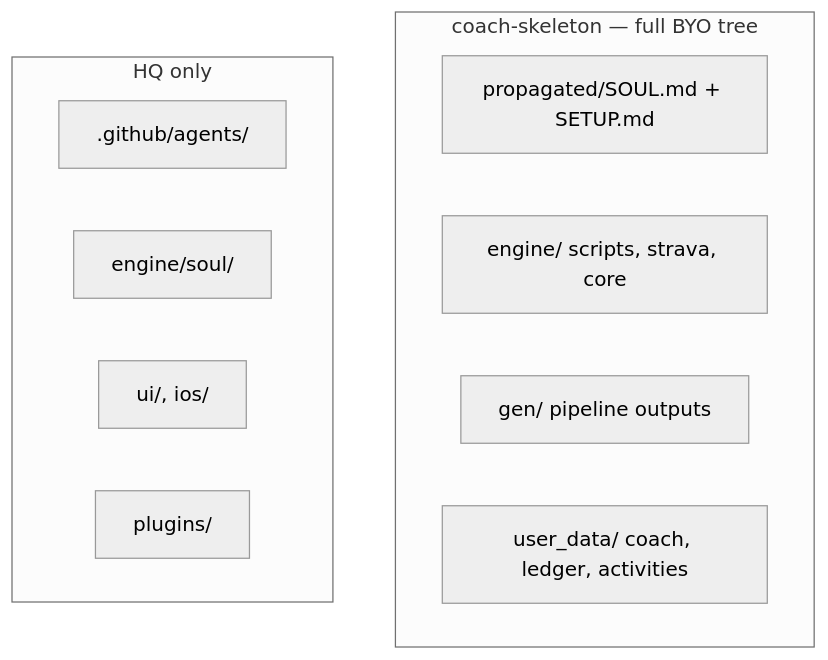
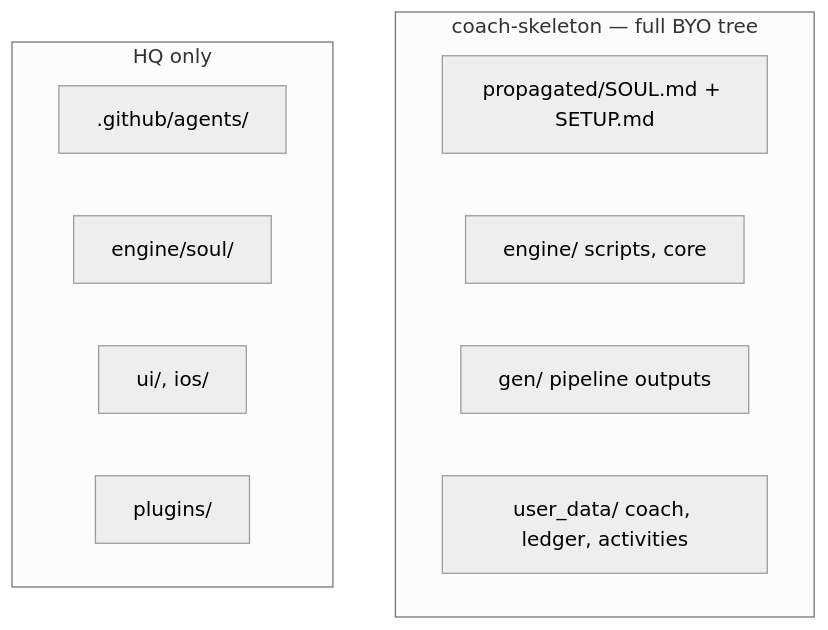
One commit to sibling-shipyard/coach-hq changed the second of 4 diagrams in docs/m1-plan.md. Above: the diagram before and after it, drawn with Mermaid (neutral theme). The commit also changed other lines of this file and 16 other files, not shown here.

First line of the commit message:
chore: relocate query_history.py/rename_core.py to engine/core (#113)

````diff
--- a/docs/m1-plan.md
+++ b/docs/m1-plan.md
@@ -42,15 +47,15 @@
 ```mermaid
 flowchart TB
   subgraph skel["coach-skeleton — full BYO tree"]
     soul["propagated/SOUL.md + SETUP.md"]
-    eng["engine/ scripts, strava, core"]
+    eng["engine/ scripts, core"]
     gen["gen/ pipeline outputs"]
     ud["user_data/ coach, ledger, activities"]
   end
   subgraph hq_only["HQ only"]
     agents[".github/agents/"]
     soul_src["engine/soul/"]
     ui["ui/, ios/"]
     plugins["plugins/"]
   end
 ```
````
